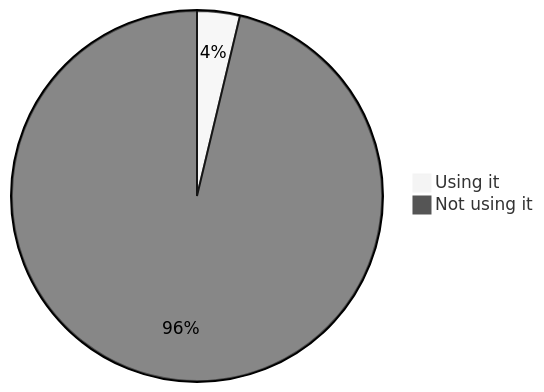
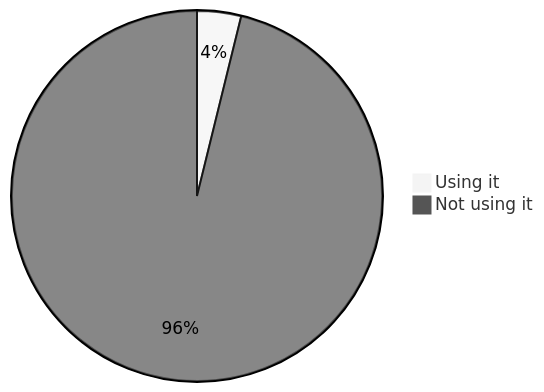
One commit to oshp/oshp-stats changed diagram 17 of 22 in stats.md. Above: the diagram before and after it, drawn with Mermaid (neutral theme). The commit also changed other lines of this file, not shown here.

````diff
--- a/stats.md
+++ b/stats.md
@@ -202,6 +202,6 @@
 ```mermaid
 pie
-	"Using it" : 3.73
-	"Not using it" : 96.27
+	"Using it" : 3.84
+	"Not using it" : 96.16
 
 ```
````
